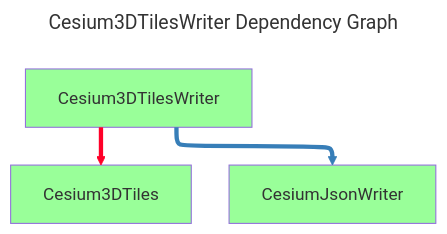
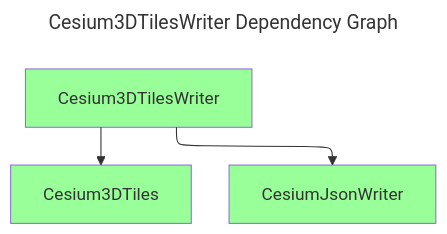
One commit to CesiumGS/cesium-native changed the diagram in doc/diagrams/dependencies/Cesium3DTilesWriter.mmd. Above: the diagram before and after it, drawn with Mermaid. The commit also changed 19 other files, not shown here.

Commit message:
README formatting, no colors for target dependency graphs

```diff
--- a/doc/diagrams/dependencies/Cesium3DTilesWriter.mmd
+++ b/doc/diagrams/dependencies/Cesium3DTilesWriter.mmd
@@ -1,13 +1,11 @@
 ---
 config:
   layout: elk
 title: Cesium3DTilesWriter Dependency Graph
 ---
 graph TD
   classDef dependencyNode fill:#fff,stroke:#ccc,color:#666
   classDef libraryNode fill:#9f9
   Cesium3DTilesWriter[Cesium3DTilesWriter] --> Cesium3DTiles[Cesium3DTiles]
   Cesium3DTilesWriter[Cesium3DTilesWriter] --> CesiumJsonWriter[CesiumJsonWriter]
   class Cesium3DTiles,CesiumJsonWriter,Cesium3DTilesWriter libraryNode
-  linkStyle 0 stroke:#ff0029,stroke-width:4px
-  linkStyle 1 stroke:#377eb8,stroke-width:4px
```
